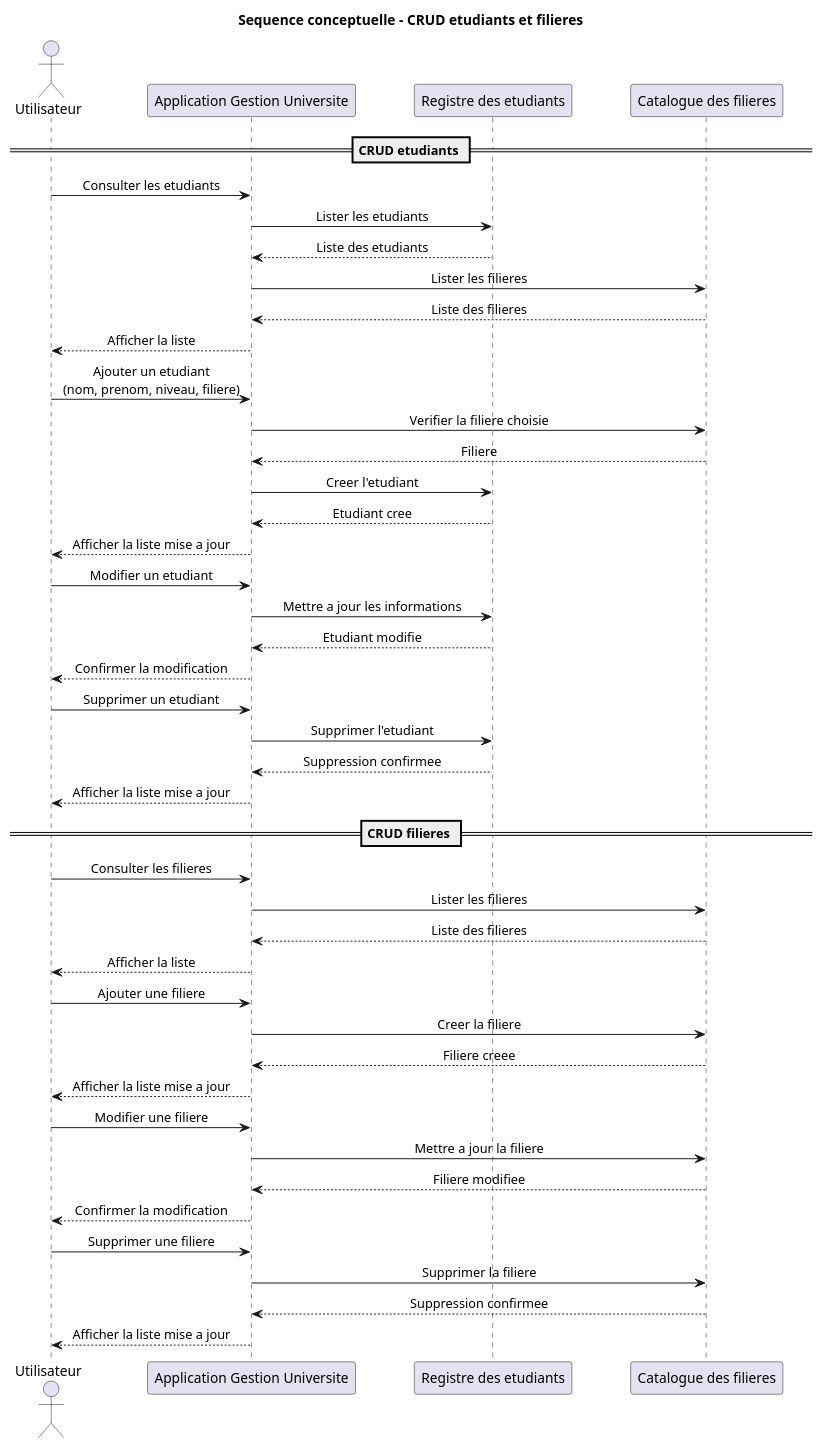
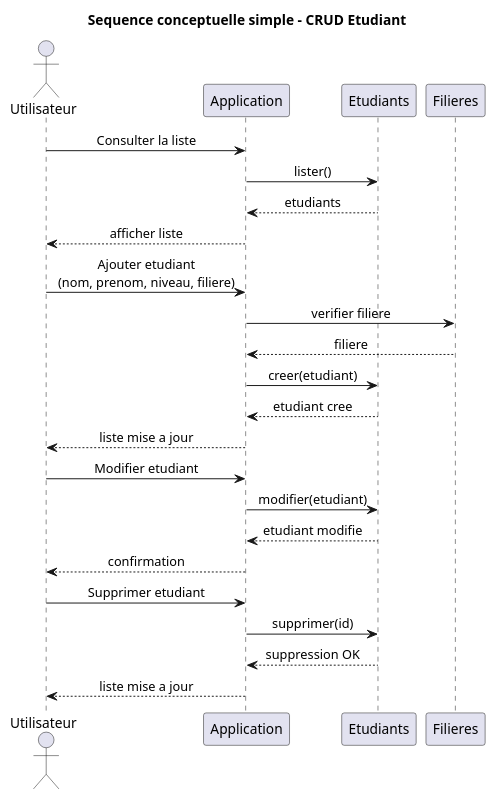
The diagram in docs/uml/sequence-conceptuel.puml (mehdidabaj/app-etudiant), drawn with PlantUML before and after one commit. The commit also changed 12 other files, not shown here.

Commit message:
Simplify UML diagrams around student CRUD

```diff
--- a/docs/uml/sequence-conceptuel.puml
+++ b/docs/uml/sequence-conceptuel.puml
@@ -1,60 +1,34 @@
 @startuml
-title Sequence conceptuelle - CRUD etudiants et filieres
+title Sequence conceptuelle simple - CRUD Etudiant
 
 skinparam shadowing false
 skinparam sequenceMessageAlign center
-skinparam ParticipantPadding 25
-skinparam BoxPadding 10
 
-actor "Utilisateur" as Utilisateur
-participant "Application Gestion Universite" as Systeme
-participant "Registre des etudiants" as Registre
-participant "Catalogue des filieres" as Catalogue
+actor "Utilisateur" as U
+participant "Application" as App
+participant "Etudiants" as E
+participant "Filieres" as F
 
-== CRUD etudiants ==
-Utilisateur -> Systeme : Consulter les etudiants
-Systeme -> Registre : Lister les etudiants
-Registre --> Systeme : Liste des etudiants
-Systeme -> Catalogue : Lister les filieres
-Catalogue --> Systeme : Liste des filieres
-Systeme --> Utilisateur : Afficher la liste
+U -> App : Consulter la liste
+App -> E : lister()
+E --> App : etudiants
+App --> U : afficher liste
 
-Utilisateur -> Systeme : Ajouter un etudiant\n(nom, prenom, niveau, filiere)
-Systeme -> Catalogue : Verifier la filiere choisie
-Catalogue --> Systeme : Filiere
-Systeme -> Registre : Creer l'etudiant
-Registre --> Systeme : Etudiant cree
-Systeme --> Utilisateur : Afficher la liste mise a jour
+U -> App : Ajouter etudiant\n(nom, prenom, niveau, filiere)
+App -> F : verifier filiere
+F --> App : filiere
+App -> E : creer(etudiant)
+E --> App : etudiant cree
+App --> U : liste mise a jour
 
-Utilisateur -> Systeme : Modifier un etudiant
-Systeme -> Registre : Mettre a jour les informations
-Registre --> Systeme : Etudiant modifie
-Systeme --> Utilisateur : Confirmer la modification
+U -> App : Modifier etudiant
+App -> E : modifier(etudiant)
+E --> App : etudiant modifie
+App --> U : confirmation
 
-Utilisateur -> Systeme : Supprimer un etudiant
-Systeme -> Registre : Supprimer l'etudiant
-Registre --> Systeme : Suppression confirmee
-Systeme --> Utilisateur : Afficher la liste mise a jour
-
-== CRUD filieres ==
-Utilisateur -> Systeme : Consulter les filieres
-Systeme -> Catalogue : Lister les filieres
-Catalogue --> Systeme : Liste des filieres
-Systeme --> Utilisateur : Afficher la liste
-
-Utilisateur -> Systeme : Ajouter une filiere
-Systeme -> Catalogue : Creer la filiere
-Catalogue --> Systeme : Filiere creee
-Systeme --> Utilisateur : Afficher la liste mise a jour
-
-Utilisateur -> Systeme : Modifier une filiere
-Systeme -> Catalogue : Mettre a jour la filiere
-Catalogue --> Systeme : Filiere modifiee
-Systeme --> Utilisateur : Confirmer la modification
-
-Utilisateur -> Systeme : Supprimer une filiere
-Systeme -> Catalogue : Supprimer la filiere
-Catalogue --> Systeme : Suppression confirmee
-Systeme --> Utilisateur : Afficher la liste mise a jour
+U -> App : Supprimer etudiant
+App -> E : supprimer(id)
+E --> App : suppression OK
+App --> U : liste mise a jour
 
 @enduml
```
